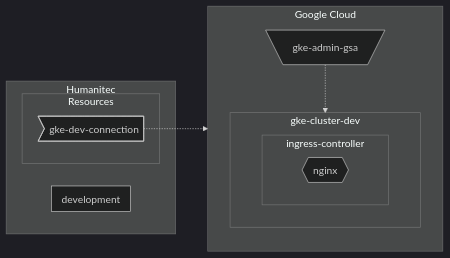
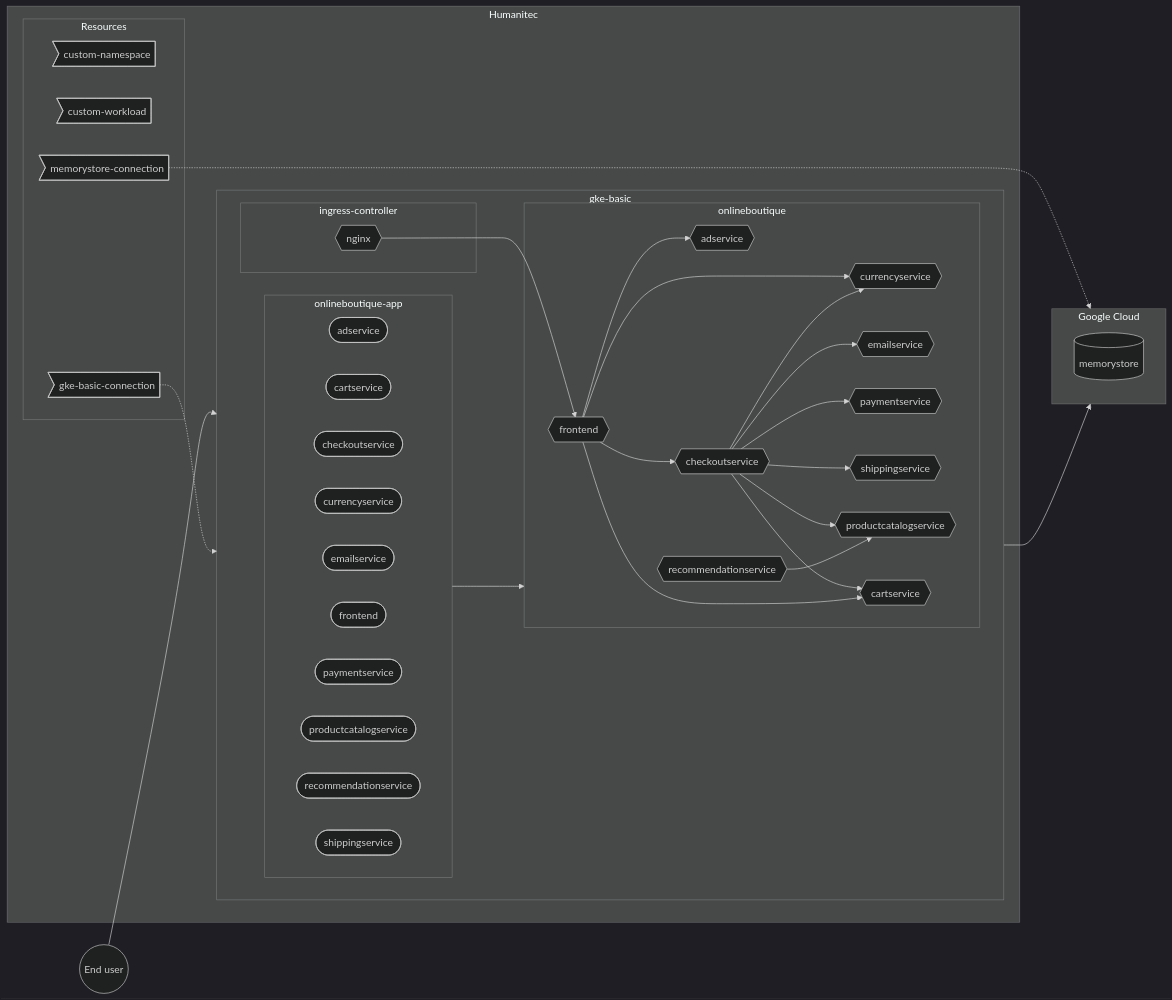
Before and after one commit to mathieu-benoit/hello-humanitec: the diagram in docs/gke-basic.md, drawn with Mermaid (dark theme). The commit also changed 1 other file, not shown here.

Commit message:
Fix diagrams

````diff
--- a/docs/gke-basic.md
+++ b/docs/gke-basic.md
@@ -3,21 +3,54 @@
 ```mermaid
 flowchart LR
   subgraph Humanitec
-    subgraph development
+    subgraph gke-basic
+        direction LR
+        subgraph onlineboutique-app
+            direction LR
+            adservice-workload([adservice])
+            cartservice-workload([cartservice])
+            checkoutservice-workload([checkoutservice])
+            currencyservice-workload([currencyservice])
+            emailservice-workload([emailservice])
+            frontend-workload([frontend])
+            paymentservice-workload([paymentservice])
+            productcatalogservice-workload([productcatalogservice])
+            recommendationservice-workload([recommendationservice])
+            shippingservice-workload([shippingservice])
+        end
     end
     subgraph Resources
-        gke-dev-connection>gke-dev-connection]
+        custom-namespace>custom-namespace]
+        custom-workload>custom-workload]
+        gke-basic-connection>gke-basic-connection]
+        memorystore-connection>memorystore-connection]
     end
   end
   subgraph Google Cloud
     direction TB
-    gke-admin-gsa[\gke-admin-gsa/]
-    subgraph gke-cluster-dev
+    subgraph gke-basic
         subgraph ingress-controller
             nginx{{nginx}}
         end
+        subgraph onlineboutique
+            frontend{{frontend}}-->adservice{{adservice}}
+            frontend-->checkoutservice{{checkoutservice}}
+            frontend-->currencyservice{{currencyservice}}
+            checkoutservice-->emailservice{{emailservice}}
+            checkoutservice-->paymentservice{{paymentservice}}
+            checkoutservice-->currencyservice
+            checkoutservice-->shippingservice{{shippingservice}}
+            checkoutservice-->productcatalogservice{{productcatalogservice}}
+            checkoutservice-->cartservice{{cartservice}}
+            frontend-->cartservice
+            recommendationservice{{recommendationservice}}-->productcatalogservice
+        end
+        nginx-->frontend
     end
+    gke-basic-connection-.->gke-basic
+    memorystore-connection-.->memorystore[(memorystore)]
+    onlineboutique-app-->onlineboutique
+    cartservice-->memorystore
   end
-  gke-dev-connection-.->gke-admin-gsa
-  gke-admin-gsa-.->gke-cluster-dev
+  enduser((End user))-->frontend
 ```
````
